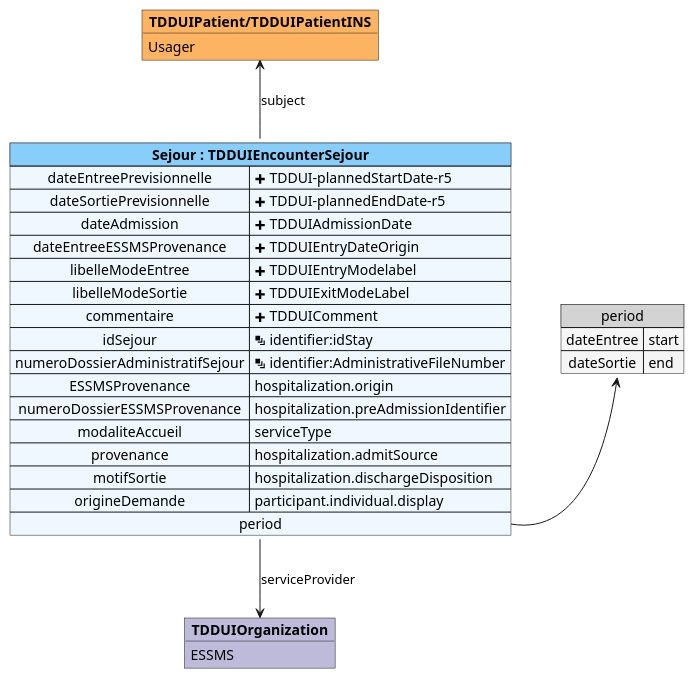
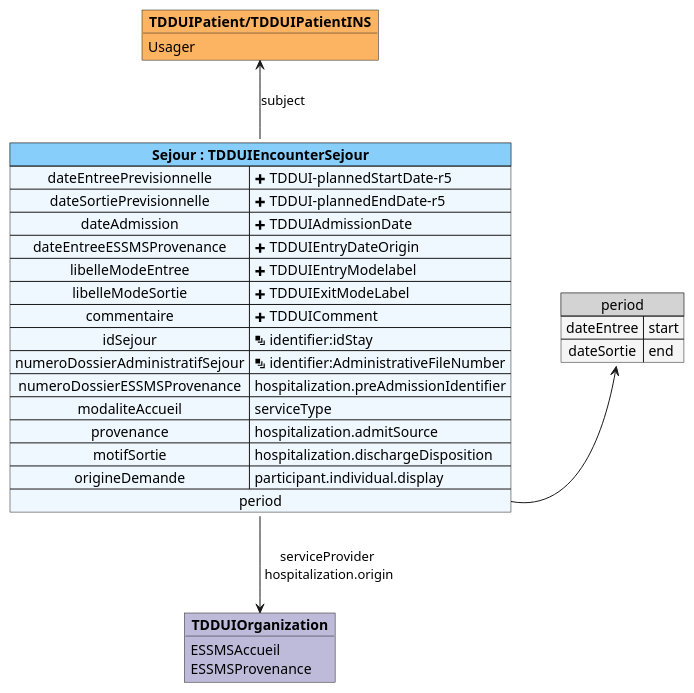
The diagram in input/images-source/mapping_TDDUIEncounterSejour.plantuml (ansforge/IG-fhir-medicosocial-transfert-donnees-dui), drawn with PlantUML before and after one commit. The commit also changed 1 other file, not shown here.

```diff
--- a/input/images-source/mapping_TDDUIEncounterSejour.plantuml
+++ b/input/images-source/mapping_TDDUIEncounterSejour.plantuml
@@ -1,38 +1,38 @@
 @startuml
 
 map "period" as period #back:WhiteSmoke;header:LightGray {
     dateEntree => start
     dateSortie => end
 }
 
 object "**TDDUIPatient/TDDUIPatientINS**" as TDDUIPatient #fdb462 {
     Usager
 }
 
 object "**TDDUIOrganization**" as TDDUIOrganization #bebada {
-    ESSMS
+    ESSMSAccueil
+    ESSMSProvenance
 }
 
 map "**Sejour : TDDUIEncounterSejour**" as Sejour #back:AliceBlue;header:LightSkyBlue {
     dateEntreePrevisionnelle => <&plus> TDDUI-plannedStartDate-r5
     dateSortiePrevisionnelle => <&plus> TDDUI-plannedEndDate-r5
     dateAdmission => <&plus> TDDUIAdmissionDate
     dateEntreeESSMSProvenance => <&plus> TDDUIEntryDateOrigin
     libelleModeEntree => <&plus> TDDUIEntryModelabel
     libelleModeSortie => <&plus> TDDUIExitModeLabel
     commentaire => <&plus> TDDUIComment
     idSejour => <&layers> identifier:idStay
     numeroDossierAdministratifSejour => <&layers> identifier:AdministrativeFileNumber
-    ESSMSProvenance => hospitalization.origin
     numeroDossierESSMSProvenance => hospitalization.preAdmissionIdentifier
     modaliteAccueil => serviceType
     provenance => hospitalization.admitSource
     motifSortie => hospitalization.dischargeDisposition
     origineDemande => participant.individual.display
     period *-> period
 }
 
 Sejour -u-> TDDUIPatient : subject
-Sejour -d-> TDDUIOrganization : serviceProvider
+Sejour -d-> TDDUIOrganization : serviceProvider\n hospitalization.origin
 
 @enduml
```
